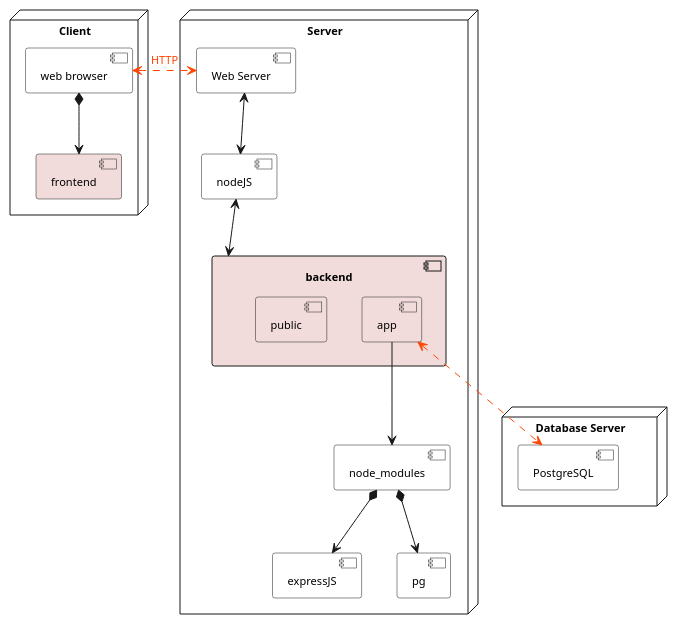
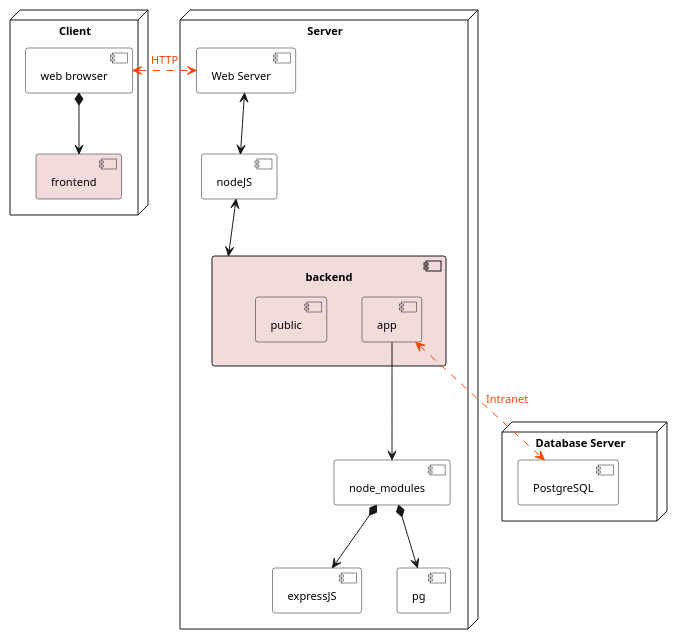
The diagram in logicalView/designView/express/architectureDesign/componentDiagram.plantuml (mpaulaherrero/tesis-frameworks-backend-diagrams), drawn with PlantUML before and after one commit.

```diff
--- a/logicalView/designView/express/architectureDesign/componentDiagram.plantuml
+++ b/logicalView/designView/express/architectureDesign/componentDiagram.plantuml
@@ -1,38 +1,38 @@
 @startuml architecture_design
 skinparam ComponentBackgroundColor white
 skinparam defaultTextAlignment center
 skinparam defaultFontSize 11
 
 node "Client" as pc {
     component "web browser" as browser
     component frontend #f2dcdb
 
     browser *--> frontend
 }
 
 node "Server" as server {
     component "Web Server" as webserver
     component "nodeJS" as nodeJS
     component "node_modules" as nodeModules
     component "expressJS" as expressJS
     component pg
     component backend #f2dcdb {
         component app #f2dcdb
         component public #f2dcdb
     }
 
     webserver <-d-> nodeJS
     nodeJS <--> backend
     nodeModules *-d-> expressJS
     nodeModules *-d-> pg
     app -d-> nodeModules
 }
 
 node "Database Server" as dbServer {
     component "PostgreSQL" as postgresql
 }
 
 browser <..[#OrangeRed]r..> webserver: <font color=OrangeRed>HTTP</font>
-app <.[#OrangeRed]d.>  postgresql
+app <.[#OrangeRed]d.>  postgresql: <font color=OrangeRed>Intranet</font>
 
 @enduml
```
